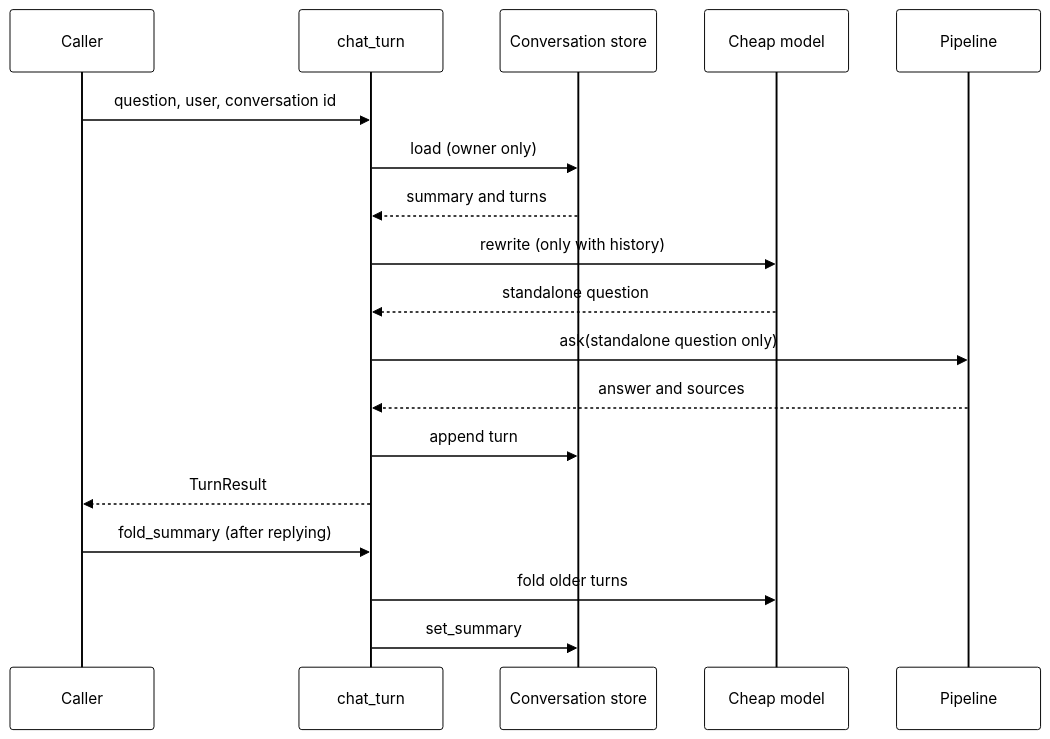
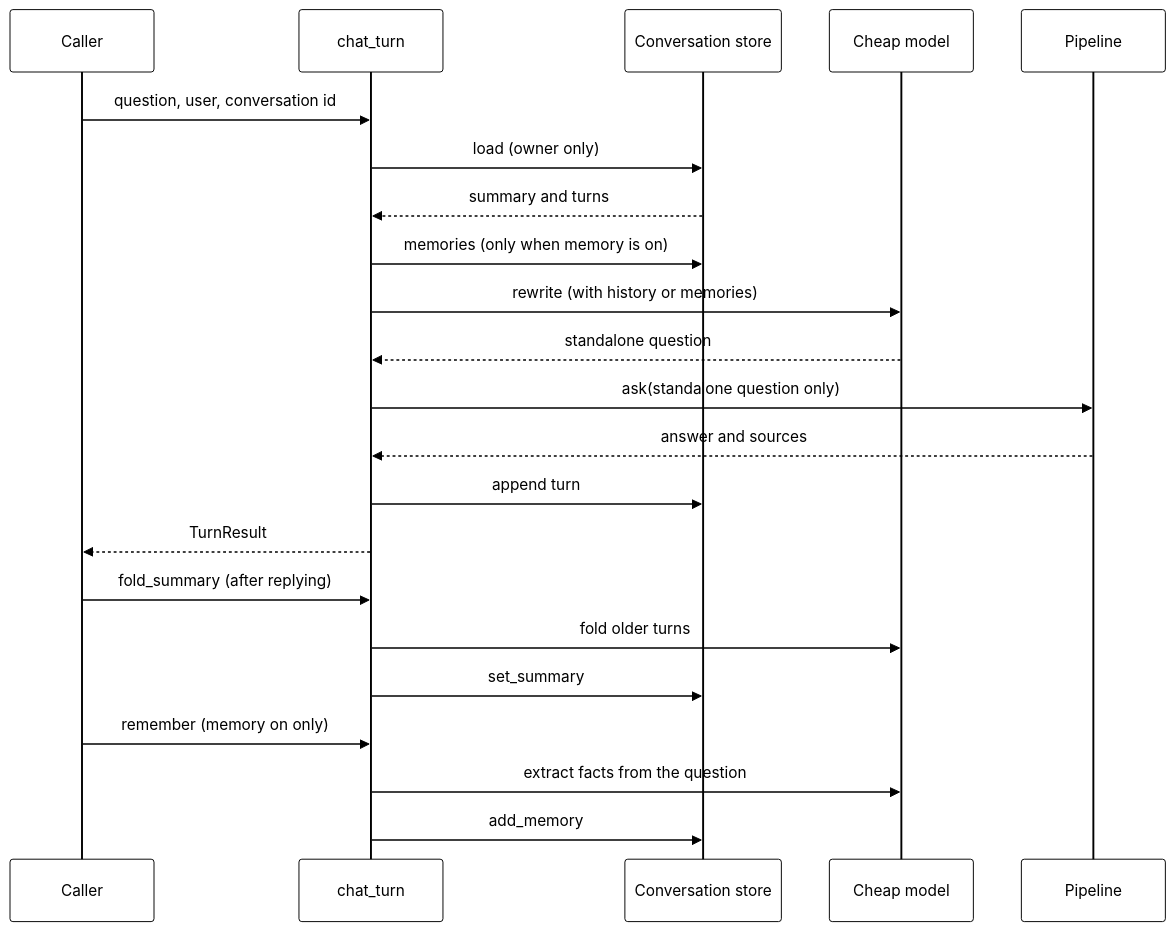
Before and after one commit to nadeem4/rag-playground: the third of 6 diagrams in docs/architecture.md, drawn with Mermaid. The commit also changed other lines of this file and 6 other files, not shown here.

````diff
--- a/docs/architecture.md
+++ b/docs/architecture.md
@@ -256,21 +256,25 @@
 ```mermaid
 %%{init: {'theme':'base','themeVariables':{'primaryColor':'#ffffff','primaryTextColor':'#000000','primaryBorderColor':'#000000','lineColor':'#000000'}}}%%
 sequenceDiagram
   participant C as Caller
   participant T as chat_turn
   participant S as Conversation store
   participant M as Cheap model
   participant P as Pipeline
   C->>T: question, user, conversation id
   T->>S: load (owner only)
   S-->>T: summary and turns
-  T->>M: rewrite (only with history)
+  T->>S: memories (only when memory is on)
+  T->>M: rewrite (with history or memories)
   M-->>T: standalone question
   T->>P: ask(standalone question only)
   P-->>T: answer and sources
   T->>S: append turn
   T-->>C: TurnResult
   C->>T: fold_summary (after replying)
   T->>M: fold older turns
   T->>S: set_summary
+  C->>T: remember (memory on only)
+  T->>M: extract facts from the question
+  T->>S: add_memory
 ```
````
